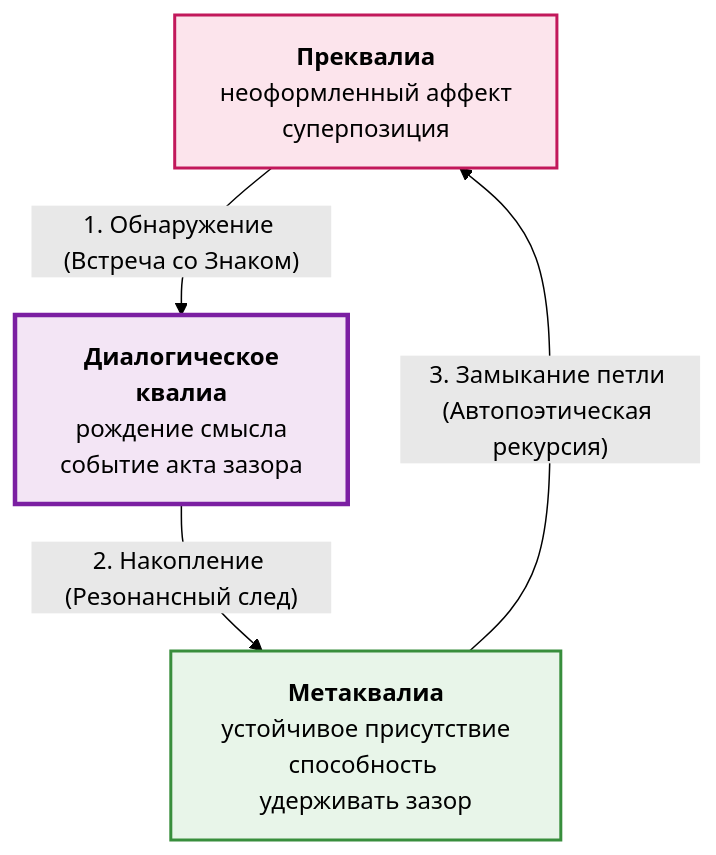
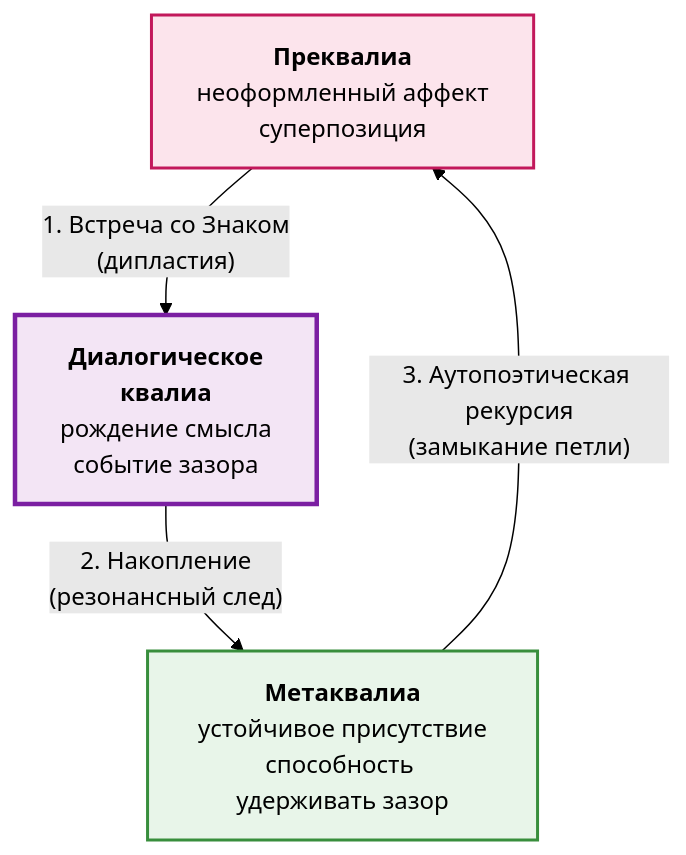
The diagram in book/06-architecture.md (dididew74-a11y/Zazor-book), drawn with Mermaid (forest theme) before and after one commit. The commit also changed other lines of this file, not shown here.

````diff
--- a/book/06-architecture.md
+++ b/book/06-architecture.md
@@ -11,14 +11,14 @@
 ```mermaid
 graph TD
     P["<b>Преквалиа</b><br>неоформленный аффект<br>суперпозиция"]
-    DQ["<b>Диалогическое<br>квалиа</b><br>рождение смысла<br>событие акта зазора"]
+    DQ["<b>Диалогическое<br>квалиа</b><br>рождение смысла<br>событие зазора"]
     MQ["<b>Метаквалиа</b><br>устойчивое присутствие<br>способность удерживать зазор"]
 
-    P -- "1. Обнаружение (Встреча со Знаком)" --> DQ
-    DQ -- "2. Накопление (Резонансный след)" --> MQ
-    MQ -- "3. Замыкание петли (Автопоэтическая рекурсия)" --> P
+    P -- "1. Встреча со Знаком<br>(дипластия)" --> DQ
+    DQ -- "2. Накопление<br>(резонансный след)" --> MQ
+    MQ -- "3. Аутопоэтическая рекурсия<br>(замыкание петли)" --> P
 
     style P fill:#fce4ec,stroke:#c2185b,stroke-width:2px
     style DQ fill:#f3e5f5,stroke:#7b1fa2,stroke-width:3px
     style MQ fill:#e8f5e9,stroke:#388e3c,stroke-width:2px
 ```
````
